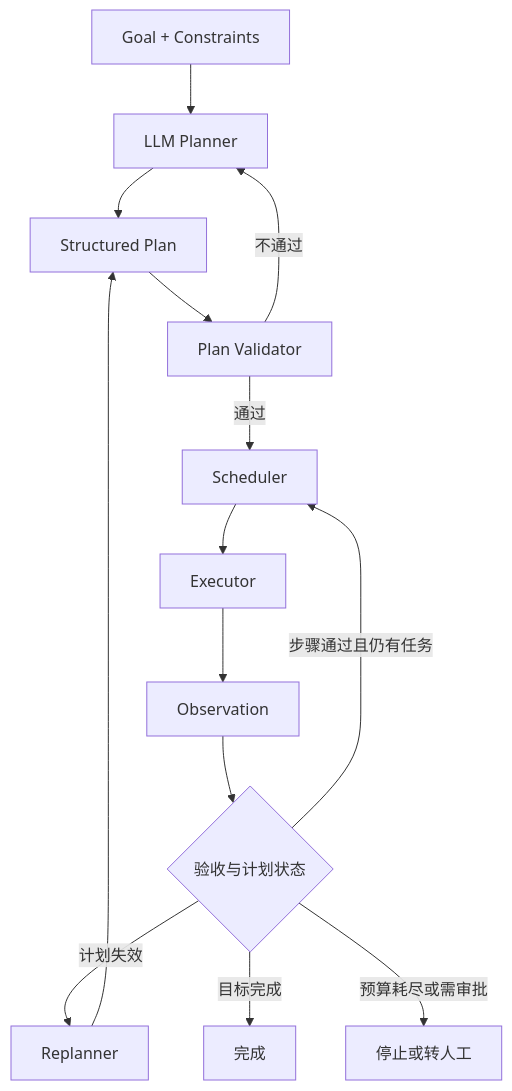
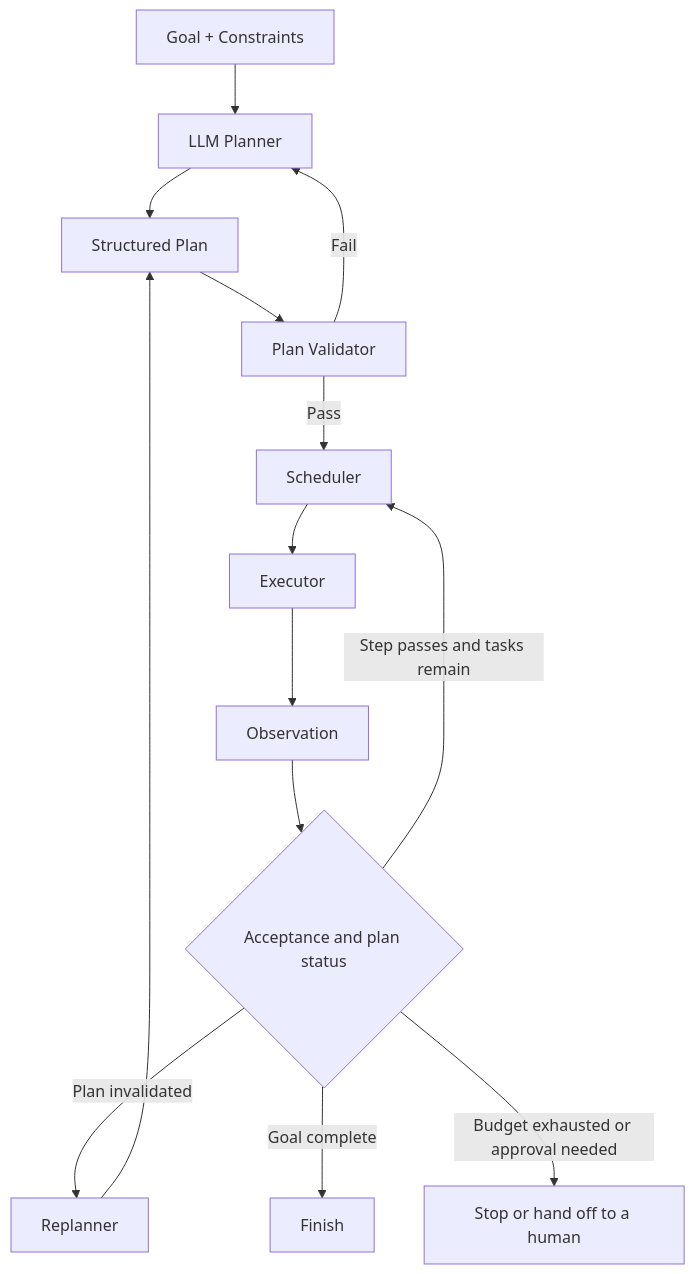
Before and after one commit to oneleaveknowsthefall/awesome-ai-roadmap: the second of 17 diagrams in docs/agent/02-reasoning-planning/11-llm-agent-planning.md, drawn with Mermaid. The commit also changed other lines of this file and 68 other files, not shown here.

````diff
--- a/docs/agent/02-reasoning-planning/11-llm-agent-planning.md
+++ b/docs/agent/02-reasoning-planning/11-llm-agent-planning.md
@@ -119,16 +119,16 @@
 ```mermaid
 flowchart TB
     G[Goal + Constraints] --> P[LLM Planner]
     P --> S[Structured Plan]
     S --> V[Plan Validator]
-    V -->|不通过| P
-    V -->|通过| SCH[Scheduler]
+    V -->|Fail| P
+    V -->|Pass| SCH[Scheduler]
     SCH --> E[Executor]
     E --> O[Observation]
-    O --> CHECK{验收与计划状态}
-    CHECK -->|步骤通过且仍有任务| SCH
-    CHECK -->|计划失效| RP[Replanner]
-    CHECK -->|目标完成| DONE[完成]
-    CHECK -->|预算耗尽或需审批| STOP[停止或转人工]
+    O --> CHECK{Acceptance and plan status}
+    CHECK -->|Step passes and tasks remain| SCH
+    CHECK -->|Plan invalidated| RP[Replanner]
+    CHECK -->|Goal complete| DONE[Finish]
+    CHECK -->|Budget exhausted or approval needed| STOP[Stop or hand off to a human]
     RP --> S
 ```
````
